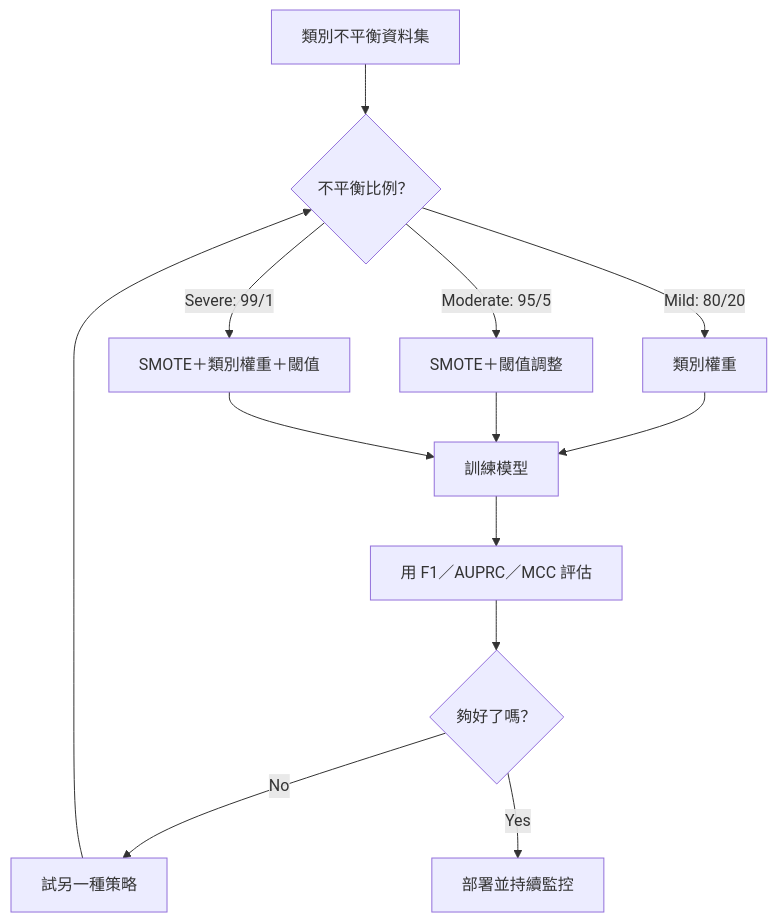
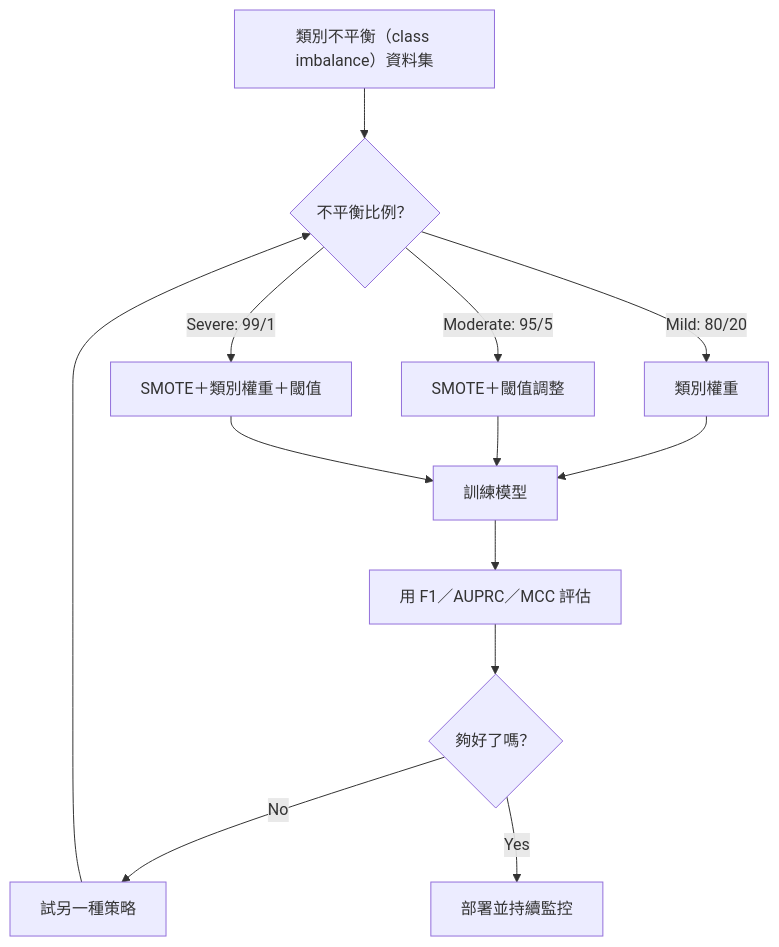
One commit to edward821220/ai-engineering-from-scratch changed the first of 4 diagrams in i18n/zh-TW/phases/02-ml-fundamentals/17-imbalanced-data/docs/zh-TW.md. Above: the diagram before and after it, drawn with Mermaid. The commit also changed other lines of this file and 197 other files, not shown here.

````diff
--- a/i18n/zh-TW/phases/02-ml-fundamentals/17-imbalanced-data/docs/zh-TW.md
+++ b/i18n/zh-TW/phases/02-ml-fundamentals/17-imbalanced-data/docs/zh-TW.md
@@ -60,15 +60,15 @@
 ```mermaid
 flowchart TD
-    A[類別不平衡資料集] --> B{不平衡比例？}
+    A[類別不平衡（class imbalance）資料集] --> B{不平衡比例？}
     B -->|Mild: 80/20| C[類別權重]
     B -->|Moderate: 95/5| D[SMOTE＋閾值調整]
     B -->|Severe: 99/1| E[SMOTE＋類別權重＋閾值]
     C --> F[訓練模型]
     D --> F
     E --> F
     F --> G[用 F1／AUPRC／MCC 評估]
     G --> H{夠好了嗎？}
     H -->|No| I[試另一種策略]
     H -->|Yes| J[部署並持續監控]
     I --> B
 ```
````
